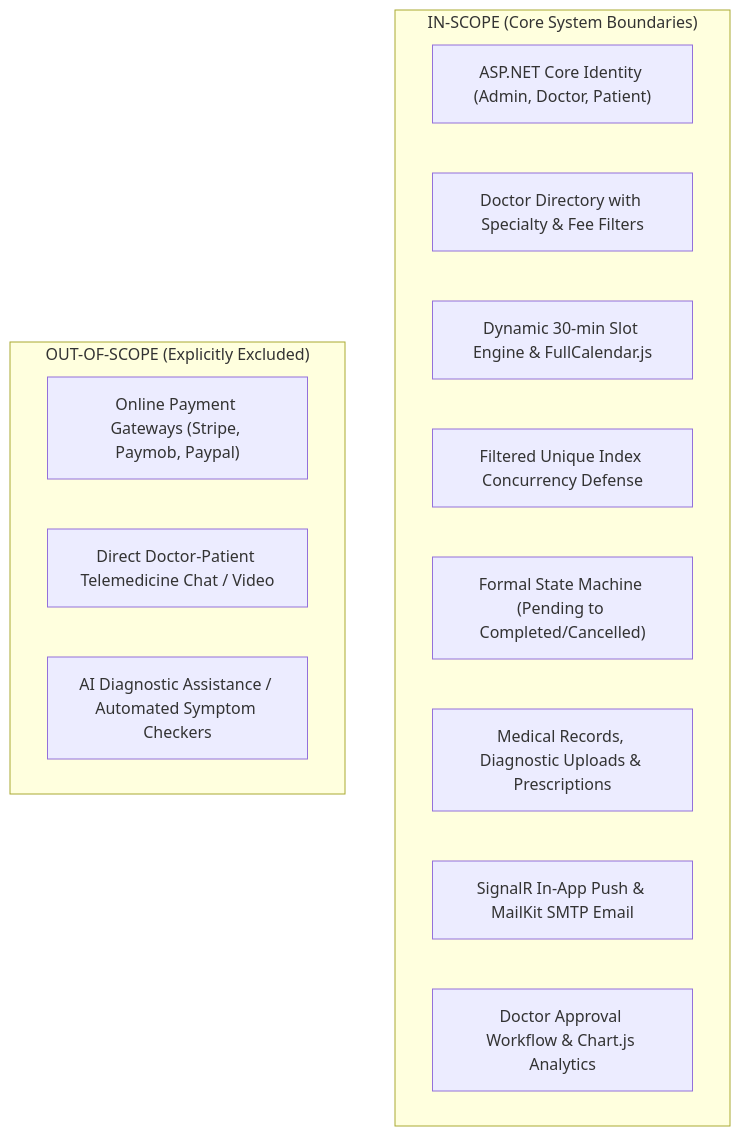
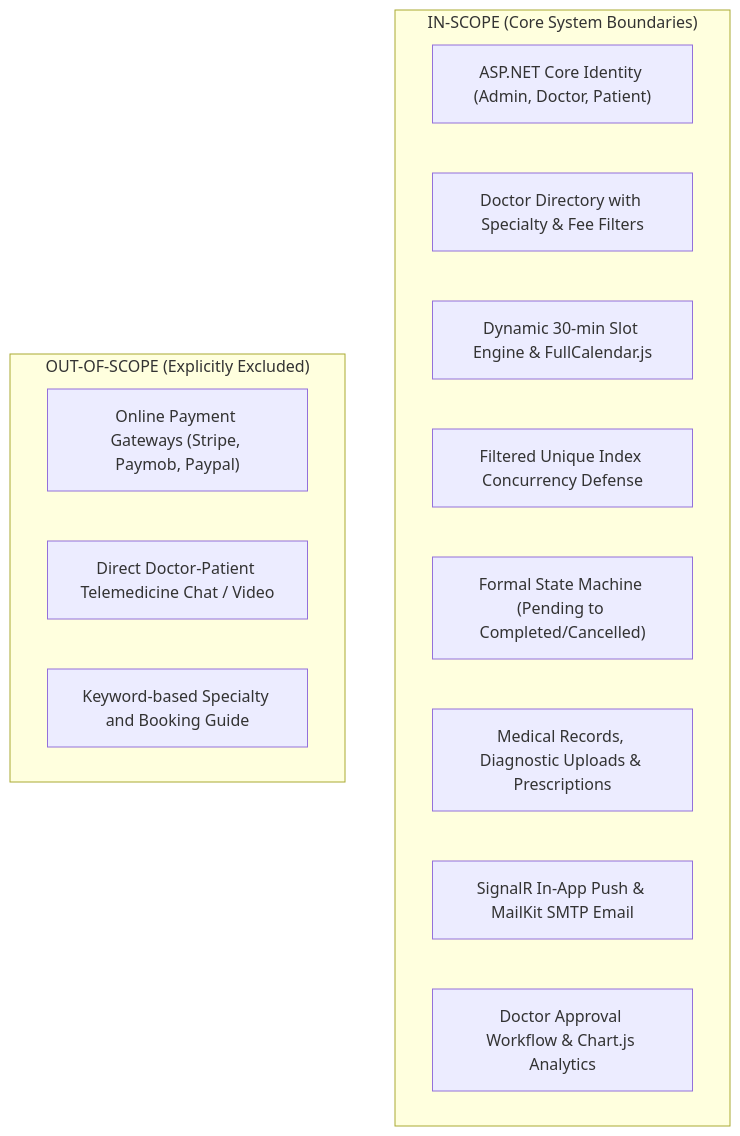
One commit to foxelhadad812-design/MediCare changed the diagram in docs/04-design/problem-statement-and-objectives.md. Above: the diagram before and after it, drawn with Mermaid. The commit also changed 61 other files, not shown here.

````diff
--- a/docs/04-design/problem-statement-and-objectives.md
+++ b/docs/04-design/problem-statement-and-objectives.md
@@ -54,19 +54,19 @@
 ```mermaid
 flowchart TD
     subgraph InScope["IN-SCOPE (Core System Boundaries)"]
         Auth["ASP.NET Core Identity (Admin, Doctor, Patient)"]
         Dir["Doctor Directory with Specialty & Fee Filters"]
         Sched["Dynamic 30-min Slot Engine & FullCalendar.js"]
         Conflict["Filtered Unique Index Concurrency Defense"]
         State["Formal State Machine (Pending to Completed/Cancelled)"]
         Clinical["Medical Records, Diagnostic Uploads & Prescriptions"]
         Comms["SignalR In-App Push & MailKit SMTP Email"]
         Admin["Doctor Approval Workflow & Chart.js Analytics"]
     end
 
     subgraph OutOfScope["OUT-OF-SCOPE (Explicitly Excluded)"]
         Payments["Online Payment Gateways (Stripe, Paymob, Paypal)"]
         Chat["Direct Doctor-Patient Telemedicine Chat / Video"]
-        AI["AI Diagnostic Assistance / Automated Symptom Checkers"]
+        Guide["Keyword-based Specialty and Booking Guide"]
     end
 ```
````
